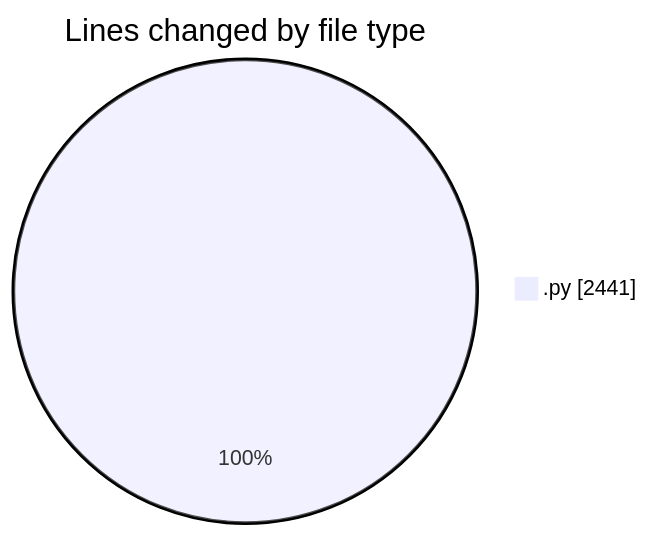
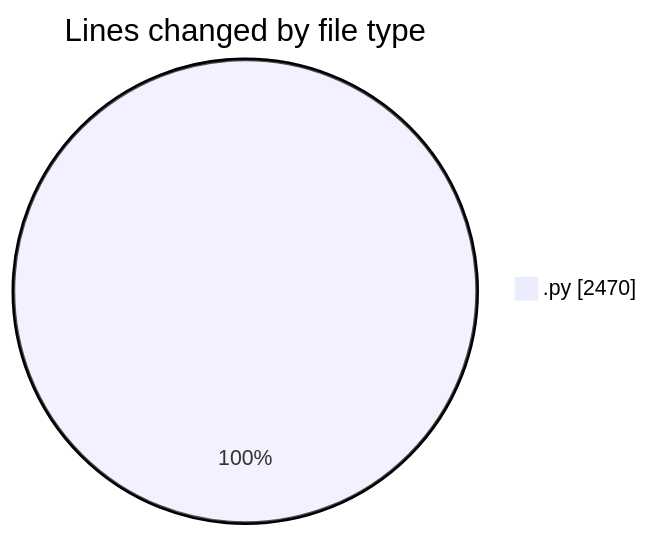
The first of 2 diagrams in 2025-11-21/eventscop-api-guide__workspace_/README.md (julien-gomy/code-tracking), drawn with Mermaid before and after one commit. The commit also changed other lines of this file and 1 other file, not shown here.

````diff
--- a/2025-11-21/eventscop-api-guide__workspace_/README.md
+++ b/2025-11-21/eventscop-api-guide__workspace_/README.md
@@ -30,5 +30,5 @@
 ```mermaid
 pie showData
 title Lines changed by file type
-".py" : 2441
+".py" : 2470
 ```
````
